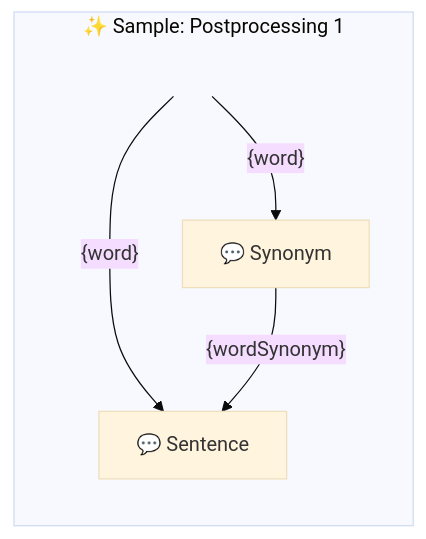
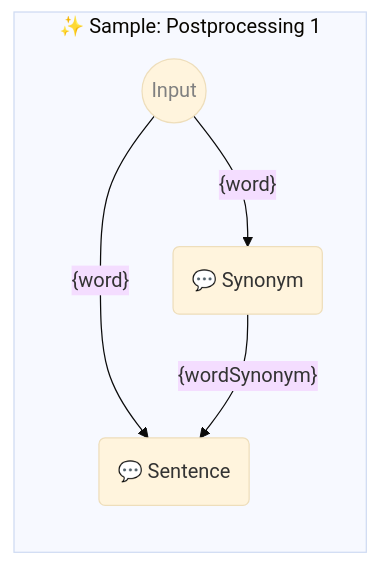
The diagram in samples/templates/40-postprocessing.ptbk.md (webgptorg/promptbook), drawn with Mermaid (base theme) before and after one commit. The commit also changed 19 other files, not shown here.

Commit message:
Auto-generated Mermaid graphs of promptboks

````diff
--- a/samples/templates/40-postprocessing.ptbk.md
+++ b/samples/templates/40-postprocessing.ptbk.md
@@ -11,19 +11,19 @@
 ```mermaid
 %% 🔮 Tip: Open this on GitHub or in the VSCode website to see the Mermaid graph visually
 
 flowchart LR
   subgraph "✨ Sample: Postprocessing 1"
 
       direction TB
 
-      input[<!--Input-->]:::hidden
-      templateSynonym[💬 Synonym]
+      input((Input)):::input
+      templateSynonym(💬 Synonym)
       input--"{word}"-->templateSynonym
-      templateSentence[💬 Sentence]
+      templateSentence(💬 Sentence)
       input--"{word}"-->templateSentence
       templateSynonym--"{wordSynonym}"-->templateSentence
 
-      classDef hidden visibility: hidden;
+      classDef input color: grey;
 
   end;
 ```
````
